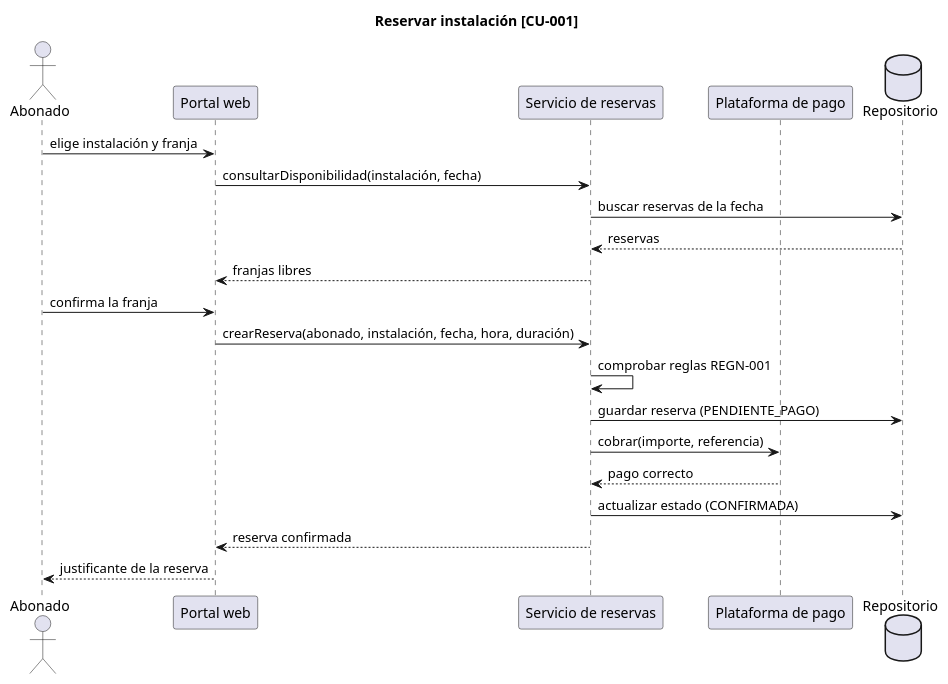
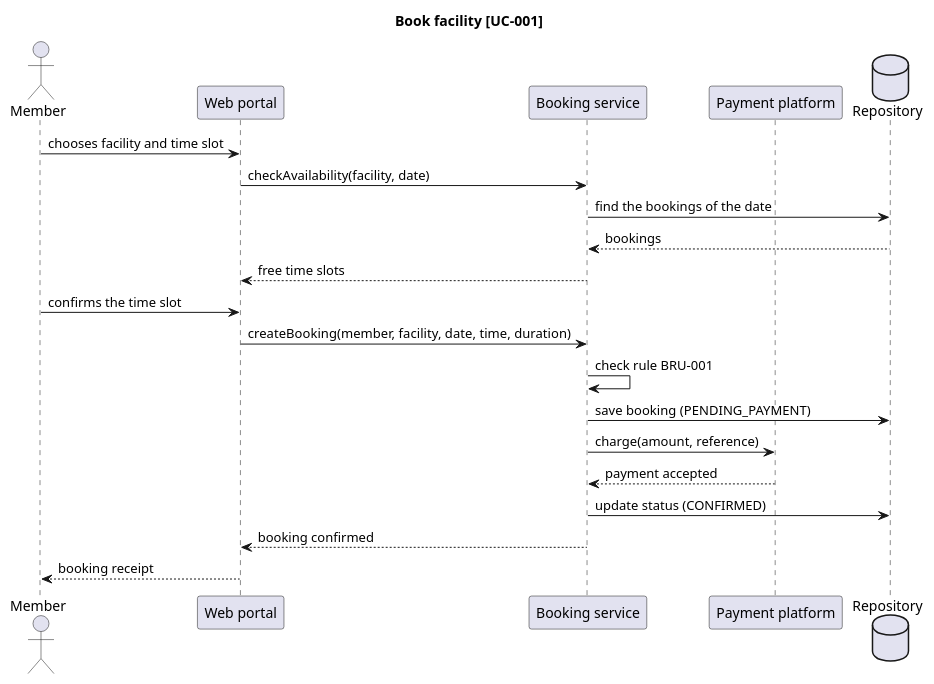
Before and after one commit to proteus-University-of-Seville/profile-madeja: the diagram in archetypes/en_us/projects/sample-sports-center/assets/secuencia-reservar-instalacion.puml, drawn with PlantUML. The commit also changed 16 other files, not shown here.

First line of the commit message:
Translate the diagrams of the English sample to English

```diff
--- a/archetypes/en_us/projects/sample-sports-center/assets/secuencia-reservar-instalacion.puml
+++ b/archetypes/en_us/projects/sample-sports-center/assets/secuencia-reservar-instalacion.puml
@@ -1,23 +1,23 @@
 @startuml
 skinparam defaultFontName Arial
-title Reservar instalación [CU-001]
-actor Abonado
-participant "Portal web" as portal
-participant "Servicio de reservas" as reservas
-participant "Plataforma de pago" as pago
-database "Repositorio" as repo
-Abonado -> portal : elige instalación y franja
-portal -> reservas : consultarDisponibilidad(instalación, fecha)
-reservas -> repo : buscar reservas de la fecha
-repo --> reservas : reservas
-reservas --> portal : franjas libres
-Abonado -> portal : confirma la franja
-portal -> reservas : crearReserva(abonado, instalación, fecha, hora, duración)
-reservas -> reservas : comprobar reglas REGN-001
-reservas -> repo : guardar reserva (PENDIENTE_PAGO)
-reservas -> pago : cobrar(importe, referencia)
-pago --> reservas : pago correcto
-reservas -> repo : actualizar estado (CONFIRMADA)
-reservas --> portal : reserva confirmada
-portal --> Abonado : justificante de la reserva
+title Book facility [UC-001]
+actor Member
+participant "Web portal" as portal
+participant "Booking service" as bookings
+participant "Payment platform" as payment
+database "Repository" as repo
+Member -> portal : chooses facility and time slot
+portal -> bookings : checkAvailability(facility, date)
+bookings -> repo : find the bookings of the date
+repo --> bookings : bookings
+bookings --> portal : free time slots
+Member -> portal : confirms the time slot
+portal -> bookings : createBooking(member, facility, date, time, duration)
+bookings -> bookings : check rule BRU-001
+bookings -> repo : save booking (PENDING_PAYMENT)
+bookings -> payment : charge(amount, reference)
+payment --> bookings : payment accepted
+bookings -> repo : update status (CONFIRMED)
+bookings --> portal : booking confirmed
+portal --> Member : booking receipt
 @enduml
```
